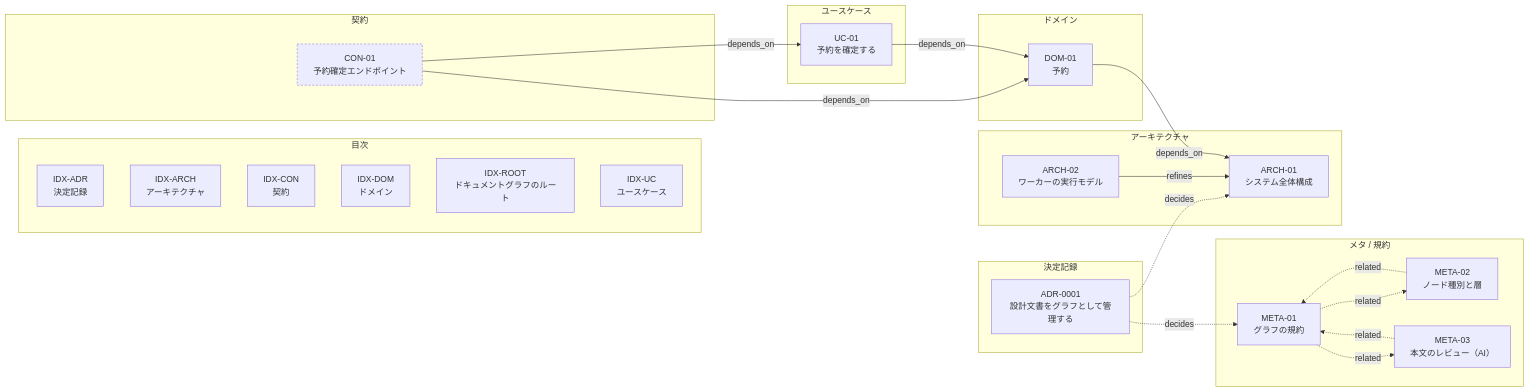
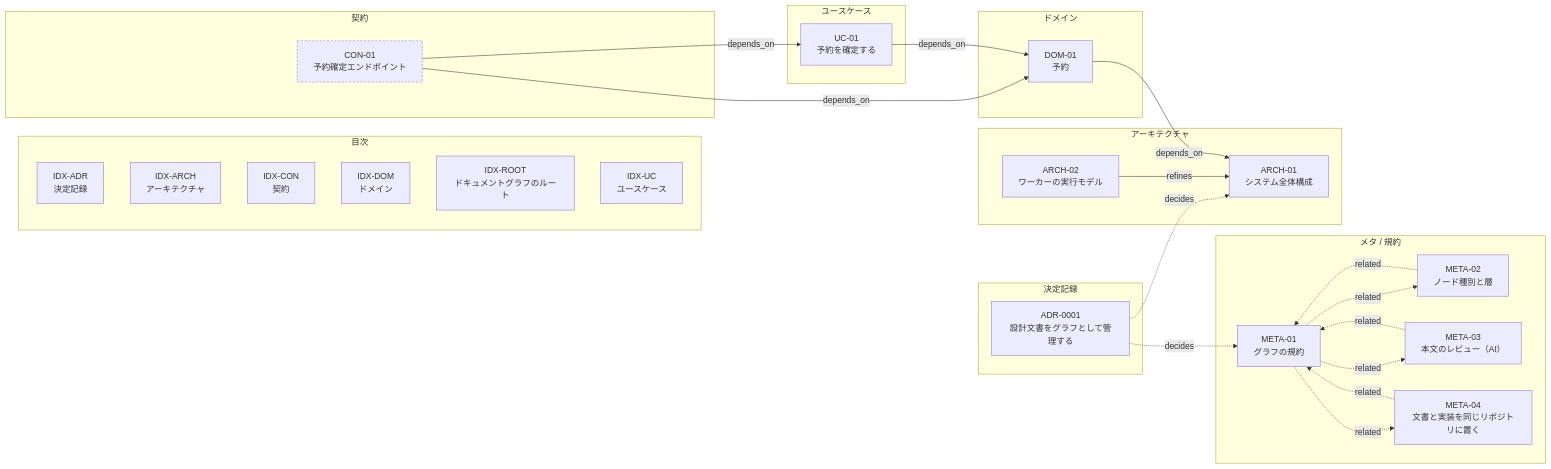
The diagram in README.md (setopic/gacha-monitor), drawn with Mermaid before and after one commit. The commit also changed other lines of this file and 12 other files, not shown here.

````diff
--- a/README.md
+++ b/README.md
@@ -90,46 +106,49 @@
 ```mermaid
 graph LR
   subgraph index["目次"]
     IDX-ADR["IDX-ADR<br/>決定記録"]
     IDX-ARCH["IDX-ARCH<br/>アーキテクチャ"]
     IDX-CON["IDX-CON<br/>契約"]
     IDX-DOM["IDX-DOM<br/>ドメイン"]
     IDX-ROOT["IDX-ROOT<br/>ドキュメントグラフのルート"]
     IDX-UC["IDX-UC<br/>ユースケース"]
   end
   subgraph meta["メタ / 規約"]
     META-01["META-01<br/>グラフの規約"]
     META-02["META-02<br/>ノード種別と層"]
     META-03["META-03<br/>本文のレビュー（AI）"]
+    META-04["META-04<br/>文書と実装を同じリポジトリに置く"]
   end
   subgraph architecture["アーキテクチャ"]
     ARCH-01["ARCH-01<br/>システム全体構成"]
     ARCH-02["ARCH-02<br/>ワーカーの実行モデル"]
   end
   subgraph domain["ドメイン"]
     DOM-01["DOM-01<br/>予約"]
   end
   subgraph usecase["ユースケース"]
     UC-01["UC-01<br/>予約を確定する"]
   end
   subgraph contract["契約"]
     CON-01["CON-01<br/>予約確定エンドポイント"]
   end
   subgraph adr["決定記録"]
     ADR-0001["ADR-0001<br/>設計文書をグラフとして管理する"]
   end
   ADR-0001 -.->|decides| META-01
   ADR-0001 -.->|decides| ARCH-01
   ARCH-02 -->|refines| ARCH-01
   CON-01 -->|depends_on| UC-01
   CON-01 -->|depends_on| DOM-01
   DOM-01 -->|depends_on| ARCH-01
   META-01 -.->|related| META-02
   META-01 -.->|related| META-03
+  META-01 -.->|related| META-04
   META-02 -.->|related| META-01
   META-03 -.->|related| META-01
+  META-04 -.->|related| META-01
   UC-01 -->|depends_on| DOM-01
   classDef draft stroke-dasharray: 4\,3;
   classDef deprecated opacity:0.5;
   class CON-01 draft;
 ```
````
